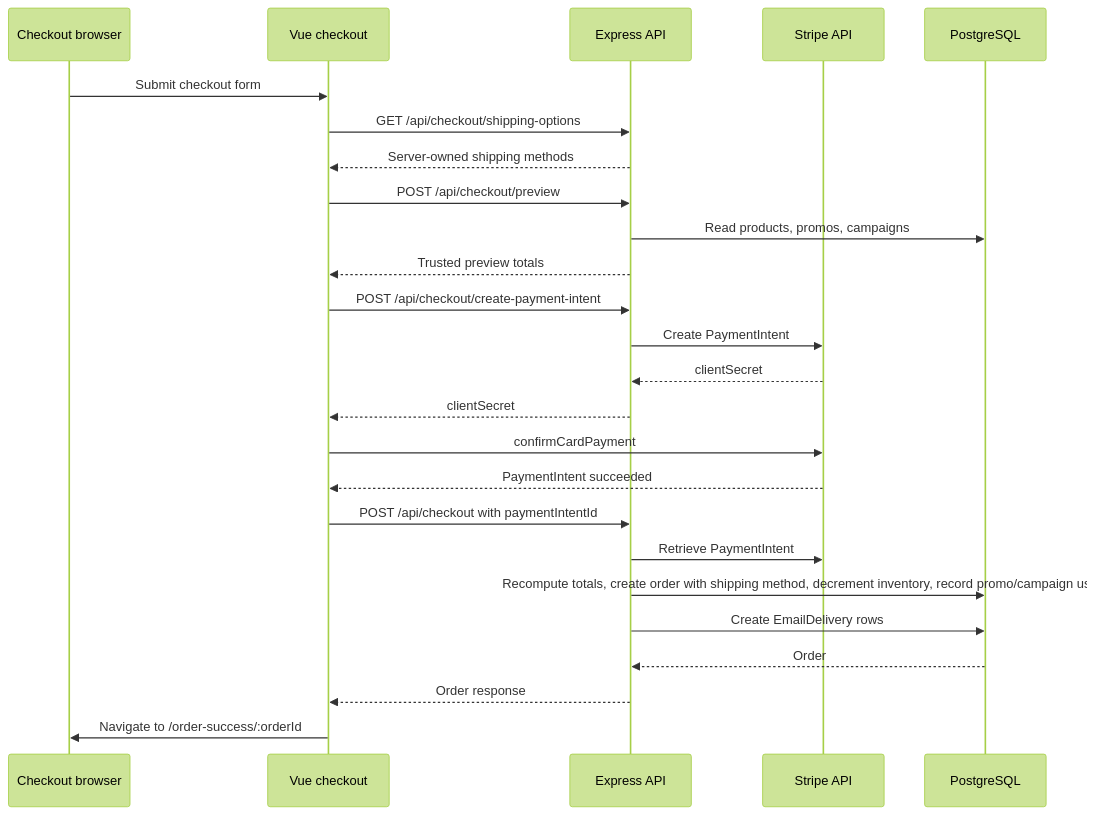
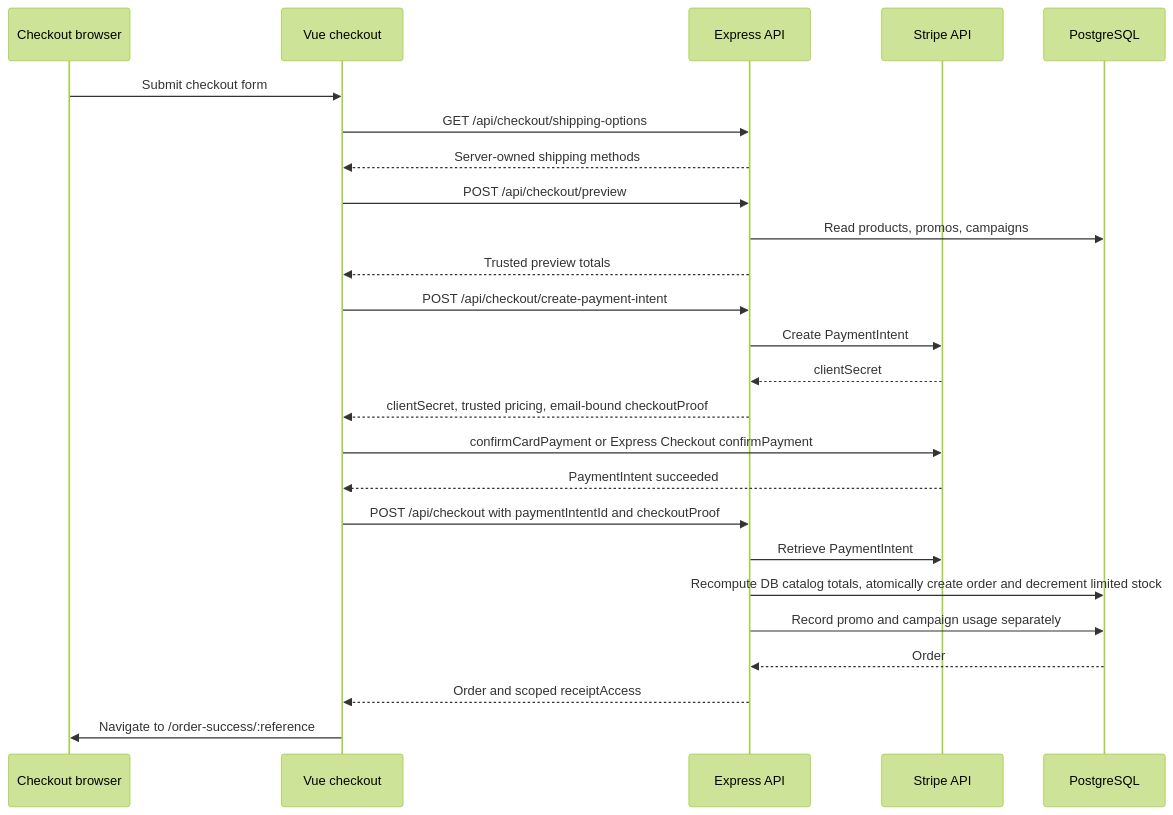
The second of 11 diagrams in doggy_ent_vue/docs/architecture/data-flow.md (alvarezaaronAI/doggy-ent), drawn with Mermaid (forest theme) before and after one commit. The commit also changed other lines of this file and 210 other files, not shown here.

````diff
--- a/doggy_ent_vue/docs/architecture/data-flow.md
+++ b/doggy_ent_vue/docs/architecture/data-flow.md
@@ -58,28 +74,28 @@
 ```mermaid
 sequenceDiagram
   participant Browser as Checkout browser
   participant Client as Vue checkout
   participant API as Express API
   participant Stripe as Stripe API
   participant DB as PostgreSQL
 
   Browser->>Client: Submit checkout form
   Client->>API: GET /api/checkout/shipping-options
   API-->>Client: Server-owned shipping methods
   Client->>API: POST /api/checkout/preview
   API->>DB: Read products, promos, campaigns
   API-->>Client: Trusted preview totals
   Client->>API: POST /api/checkout/create-payment-intent
   API->>Stripe: Create PaymentIntent
   Stripe-->>API: clientSecret
-  API-->>Client: clientSecret
-  Client->>Stripe: confirmCardPayment
+  API-->>Client: clientSecret, trusted pricing, email-bound checkoutProof
+  Client->>Stripe: confirmCardPayment or Express Checkout confirmPayment
   Stripe-->>Client: PaymentIntent succeeded
-  Client->>API: POST /api/checkout with paymentIntentId
+  Client->>API: POST /api/checkout with paymentIntentId and checkoutProof
   API->>Stripe: Retrieve PaymentIntent
-  API->>DB: Recompute totals, create order with shipping method, decrement inventory, record promo/campaign usage
-  API->>DB: Create EmailDelivery rows
+  API->>DB: Recompute DB catalog totals, atomically create order and decrement limited stock
+  API->>DB: Record promo and campaign usage separately
   DB-->>API: Order
-  API-->>Client: Order response
-  Client->>Browser: Navigate to /order-success/:orderId
+  API-->>Client: Order and scoped receiptAccess
+  Client->>Browser: Navigate to /order-success/:reference
 ```
````
